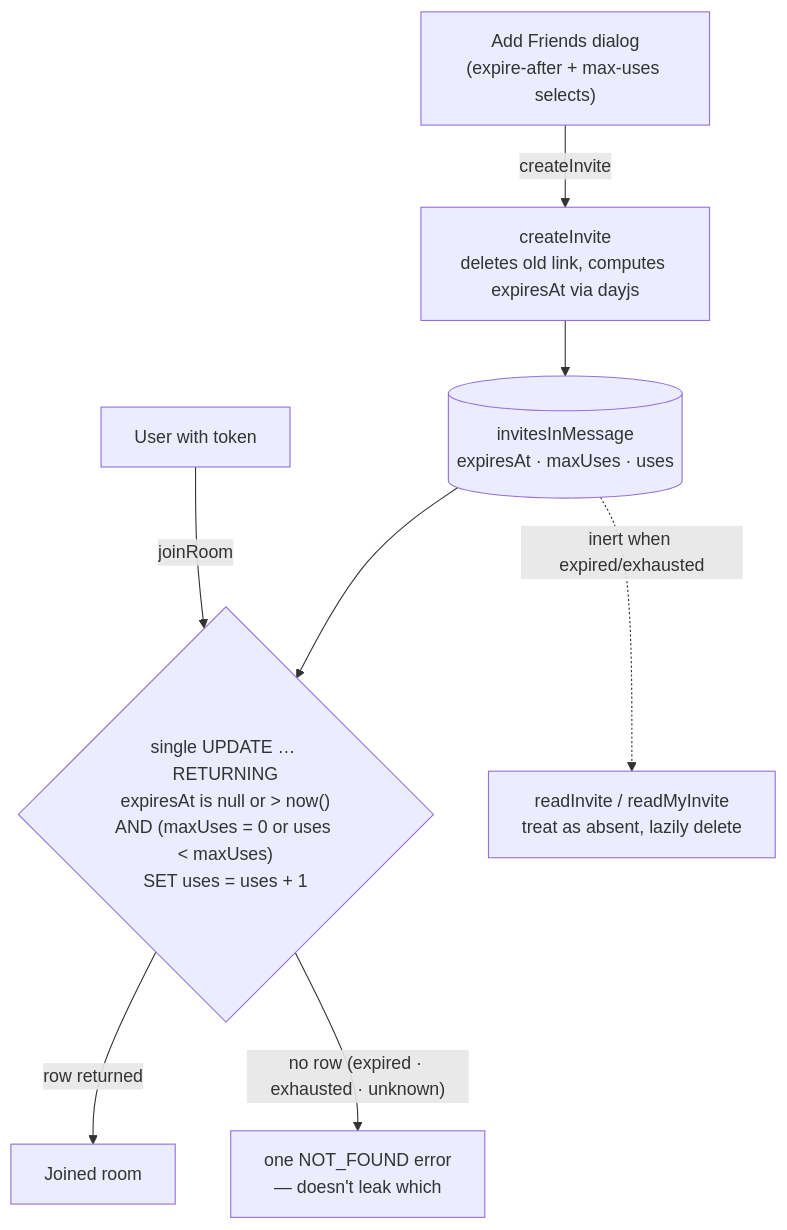
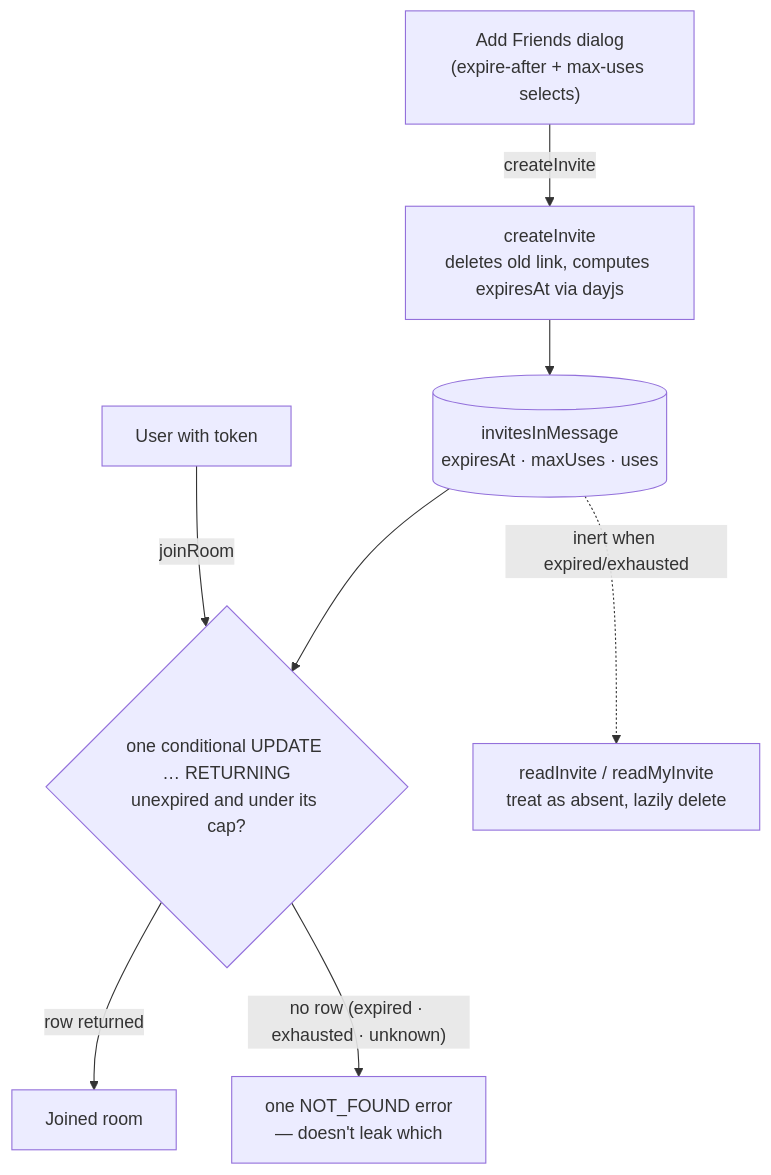
Before and after one commit to Esposter/Esposter: the diagram in packages/app/content/docs/esbabbler/invites.md, drawn with Mermaid. The commit also changed other lines of this file and 8 other files, not shown here.

First line of the commit message:
docs(diagrams): sweep esbabbler/ and virrun/

````diff
--- a/packages/app/content/docs/esbabbler/invites.md
+++ b/packages/app/content/docs/esbabbler/invites.md
@@ -12,10 +12,10 @@
 ```mermaid
 flowchart TD
     dialog["Add Friends dialog<br/>(expire-after + max-uses selects)"] -->|createInvite| create["createInvite<br/>deletes old link, computes expiresAt via dayjs"]
     create --> row[("invitesInMessage<br/>expiresAt · maxUses · uses")]
-    joiner["User with token"] -->|joinRoom| check{"single UPDATE … RETURNING<br/>expiresAt is null or > now()<br/>AND (maxUses = 0 or uses < maxUses)<br/>SET uses = uses + 1"}
+    joiner["User with token"] -->|joinRoom| check{"one conditional UPDATE … RETURNING<br/>unexpired and under its cap?"}
     row --> check
     check -->|row returned| member["Joined room"]
     check -->|"no row (expired · exhausted · unknown)"| invalid["one NOT_FOUND error<br/>— doesn't leak which"]
     row -.->|"inert when expired/exhausted"| reads["readInvite / readMyInvite<br/>treat as absent, lazily delete"]
 ```
````
